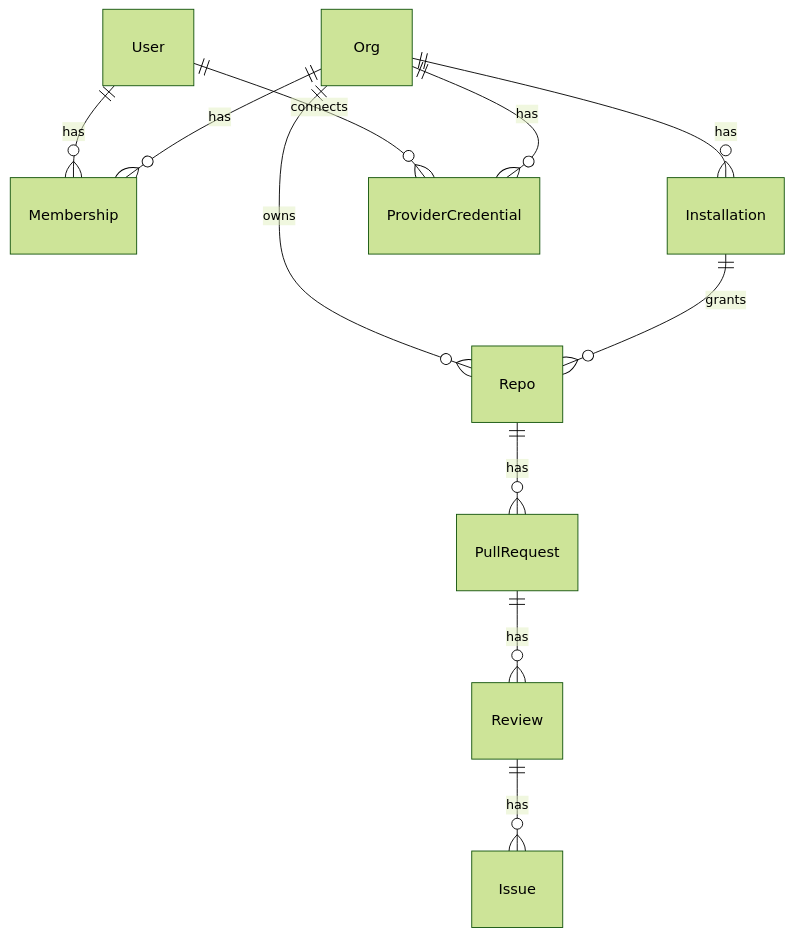
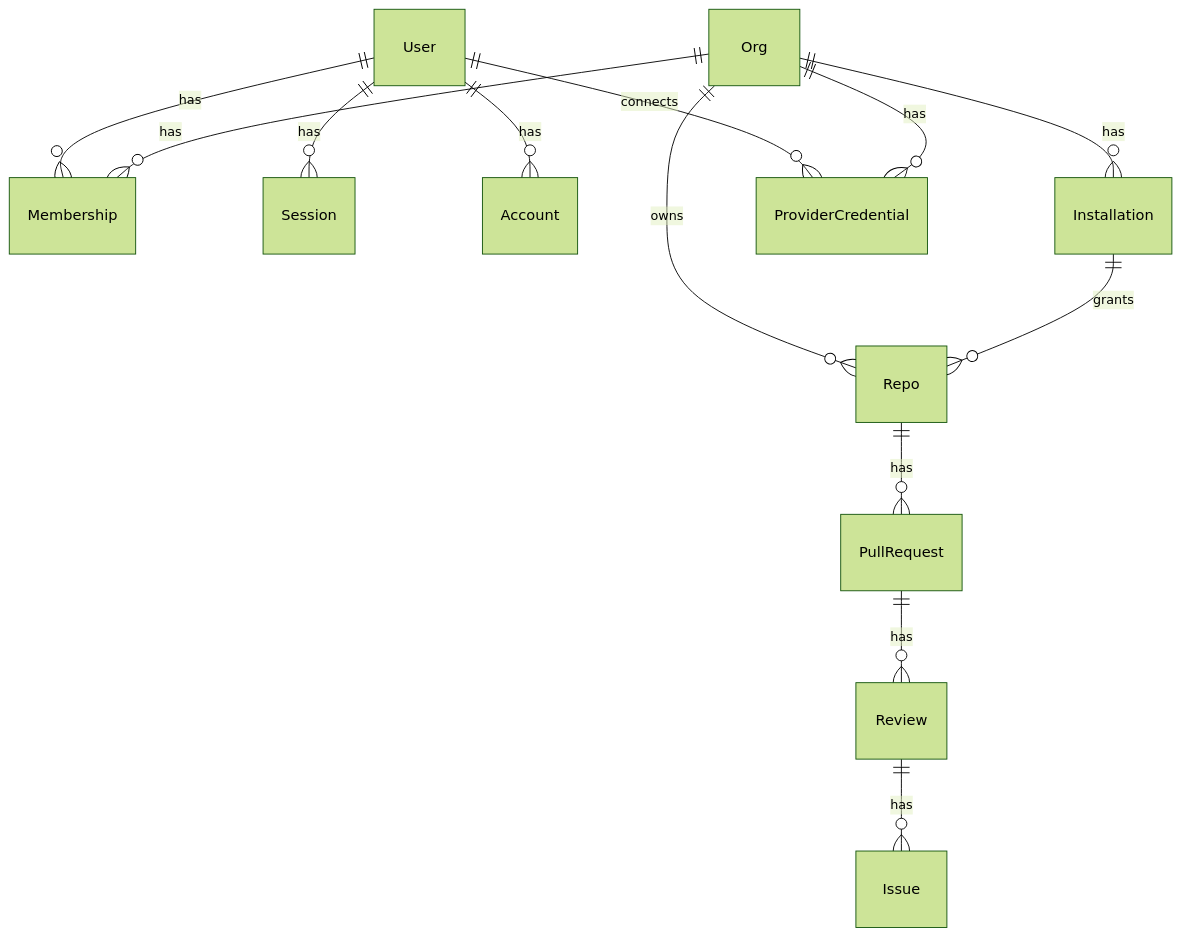
Before and after one commit to Viris168/Crosscheck: the fifth of 5 diagrams in docs/architecture.md, drawn with Mermaid (forest theme). The commit also changed other lines of this file and 17 other files, not shown here.

````diff
--- a/docs/architecture.md
+++ b/docs/architecture.md
@@ -149,13 +161,15 @@
 ```mermaid
 erDiagram
   Org ||--o{ Membership : has
   User ||--o{ Membership : has
+  User ||--o{ Session : has
+  User ||--o{ Account : has
   Org ||--o{ Installation : has
   Installation ||--o{ Repo : grants
   Org ||--o{ Repo : owns
   Repo ||--o{ PullRequest : has
   PullRequest ||--o{ Review : has
   Review ||--o{ Issue : has
   Org ||--o{ ProviderCredential : has
   User ||--o{ ProviderCredential : connects
 ```
````
